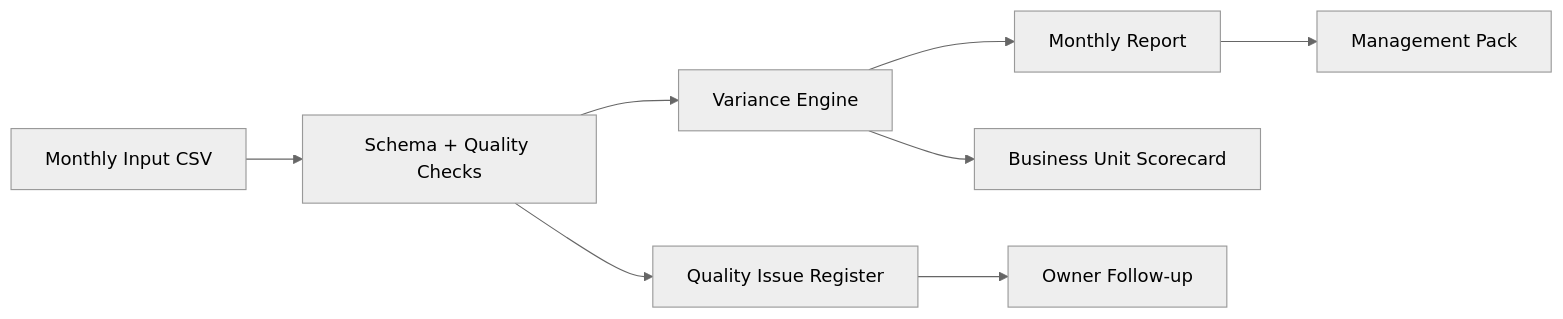
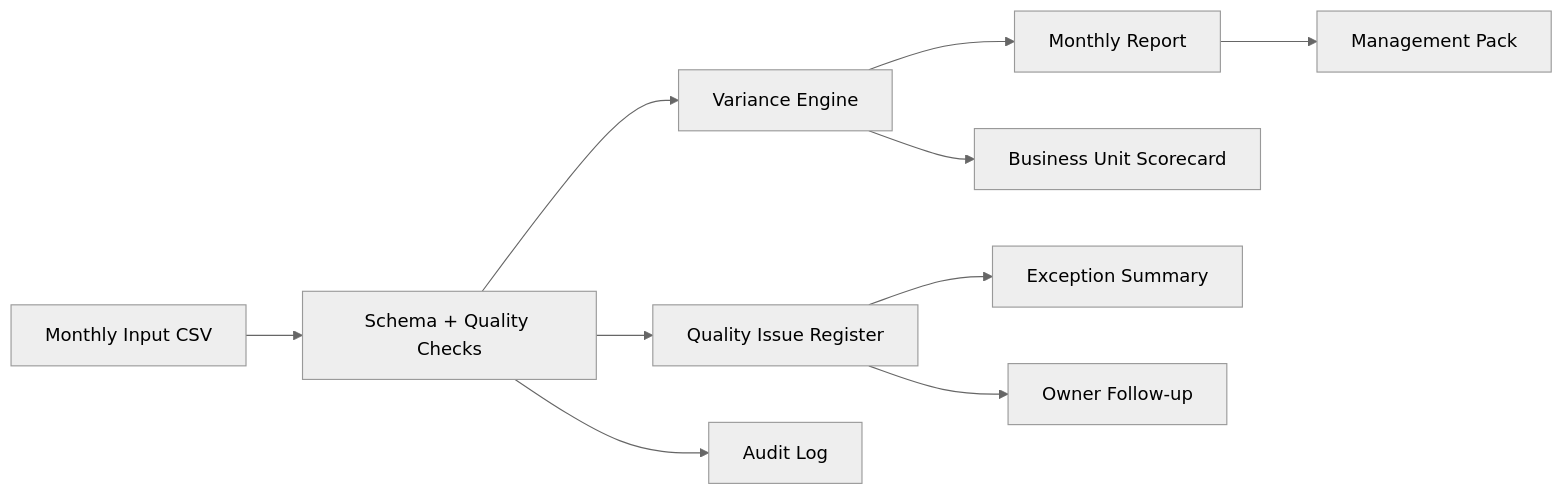
One commit to HuseinHaji/reporting-automation-workflow changed the diagram in README.md. Above: the diagram before and after it, drawn with Mermaid (neutral theme). The commit also changed other lines of this file and 3 other files, not shown here.

Commit message:
Add audit and exception reporting layers

````diff
--- a/README.md
+++ b/README.md
@@ -11,10 +11,12 @@
 ```mermaid
 flowchart LR
     A[Monthly Input CSV] --> B[Schema + Quality Checks]
     B --> C[Variance Engine]
     C --> D[Monthly Report]
     B --> E[Quality Issue Register]
     C --> F[Business Unit Scorecard]
+    B --> I[Audit Log]
+    E --> J[Exception Summary]
     D --> G[Management Pack]
     E --> H[Owner Follow-up]
 ```
````
